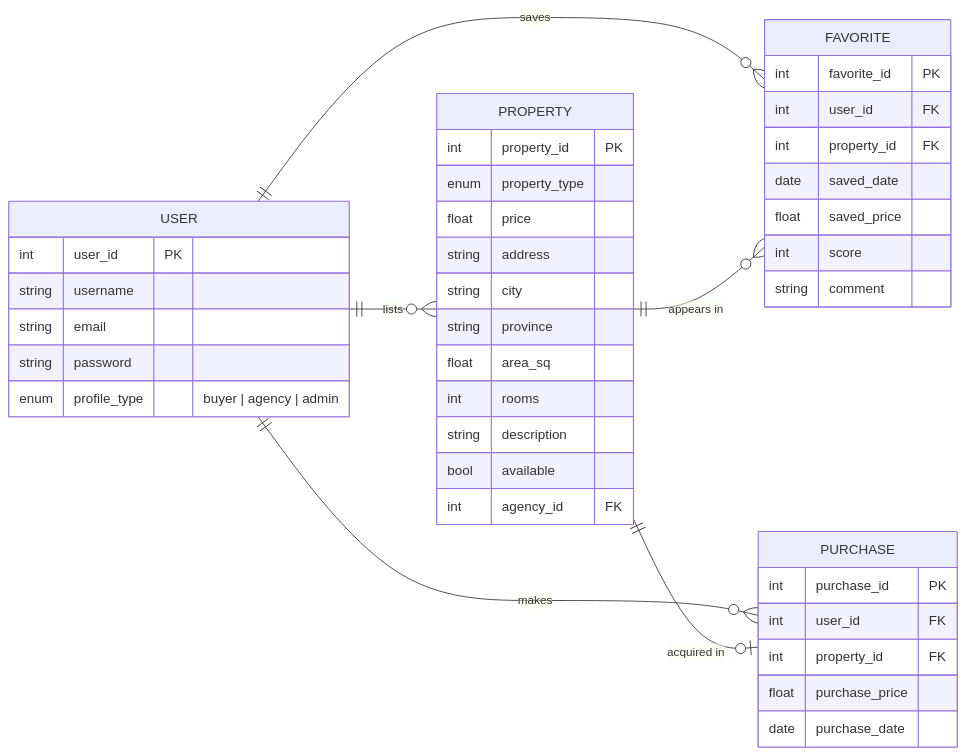
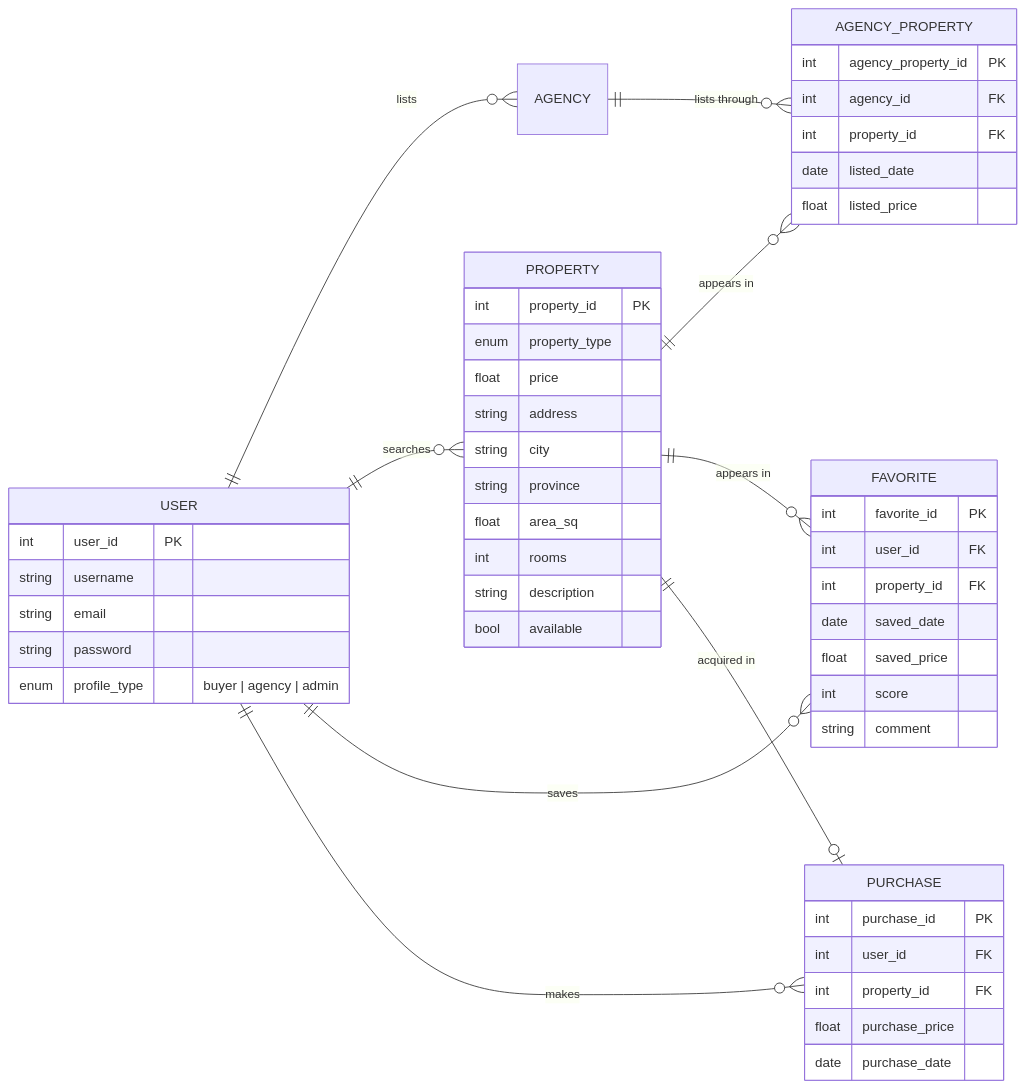
Before and after one commit to 2026c1-pdes-grupo4/.github: the diagram in DER.mmd, drawn with Mermaid.

Commit message:
model restore from md 22c0f00

```diff
--- a/DER.mmd
+++ b/DER.mmd
@@ -1,47 +1,57 @@
 erDiagram
 	direction LR
 	USER {
 		int user_id PK
 		string username
 		string email
 		string password
 		enum profile_type "buyer | agency | admin"
 	}
 
 	PROPERTY {
 		int property_id PK
 		enum property_type
 		float price
 		string address
 		string city
 		string province
 		float area_sq
 		int rooms
 		string description
 		bool available
-		int agency_id FK
 	}
+
+	AGENCY_PROPERTY {
+        int agency_property_id PK
+        int agency_id FK
+        int property_id FK
+        date listed_date
+        float listed_price
+    }
 
 	FAVORITE {
 		int favorite_id PK
 		int user_id FK
 		int property_id FK
 		date saved_date
 		float saved_price
 		int score
 		string comment
 	}
 
 	PURCHASE {
 		int purchase_id PK
 		int user_id FK
 		int property_id FK
 		float purchase_price
 		date purchase_date
 	}
 
-	USER||--o{PROPERTY:"lists"
-	USER||--o{FAVORITE:"saves"
-	USER||--o{PURCHASE:"makes"
-	PROPERTY||--o{FAVORITE:"appears in"
-	PROPERTY||--o|PURCHASE:"acquired in"
+	USER||--o{AGENCY:"lists"
+    USER||--o{PROPERTY:"searches"
+    USER||--o{FAVORITE:"saves"
+    USER||--o{PURCHASE:"makes"
+    AGENCY||--o{AGENCY_PROPERTY:"lists through"
+    PROPERTY||--o{AGENCY_PROPERTY:"appears in"
+    PROPERTY||--o{FAVORITE:"appears in"
+    PROPERTY||--o|PURCHASE:"acquired in"
```
